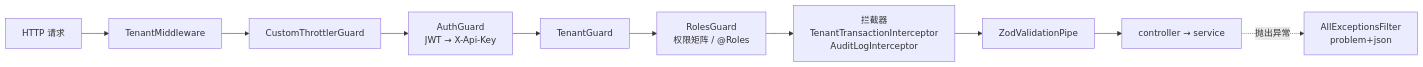
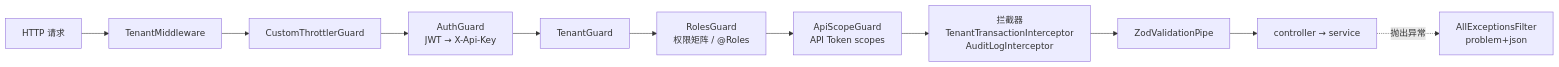
The second of 3 diagrams in agentloom-docs/dev/architecture.md (Lynricsy/AgentLoom), drawn with Mermaid before and after one commit. The commit also changed other lines of this file and 14 other files, not shown here.

First line of the commit message:
feat(platform-api-token): ✨ API Token 的 scopes 改用权限名词表并在请求时强制

````diff
--- a/agentloom-docs/dev/architecture.md
+++ b/agentloom-docs/dev/architecture.md
@@ -74,12 +74,13 @@
 ```mermaid
 flowchart LR
     Req["HTTP 请求"] --> TM["TenantMiddleware"]
     TM --> G1["CustomThrottlerGuard"]
     G1 --> G2["AuthGuard<br/>JWT → X-Api-Key"]
     G2 --> G3["TenantGuard"]
     G3 --> G4["RolesGuard<br/>权限矩阵 / @Roles"]
-    G4 --> I["拦截器<br/>TenantTransactionInterceptor<br/>AuditLogInterceptor"]
+    G4 --> G5["ApiScopeGuard<br/>API Token scopes"]
+    G5 --> I["拦截器<br/>TenantTransactionInterceptor<br/>AuditLogInterceptor"]
     I --> P["ZodValidationPipe"]
     P --> H["controller → service"]
     H -.->|"抛出异常"| F["AllExceptionsFilter<br/>problem+json"]
 ```
````
